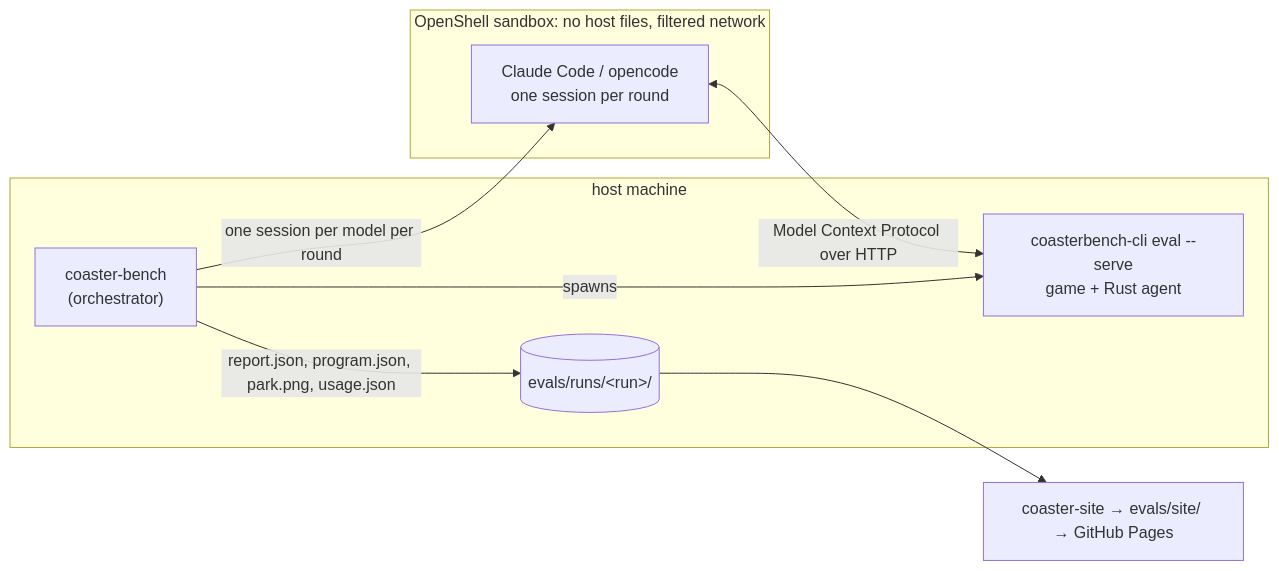
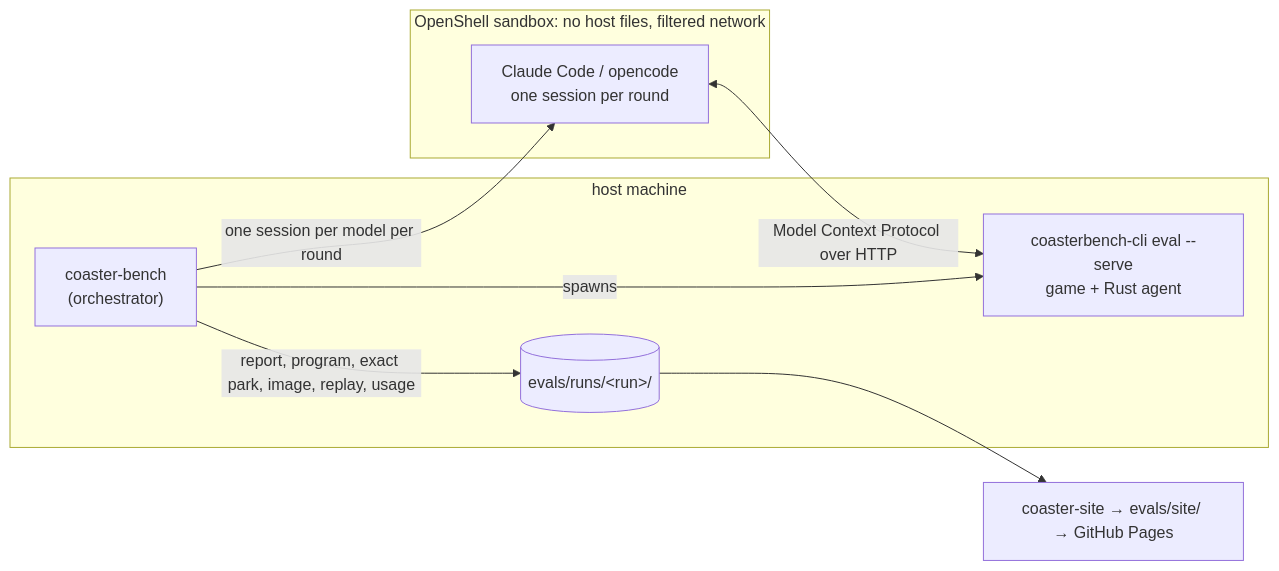
Before and after one commit to wseaton/CoasterBench: the first of 2 diagrams in readme.md, drawn with Mermaid. The commit also changed other lines of this file and 67 other files, not shown here.

````diff
--- a/readme.md
+++ b/readme.md
@@ -16,17 +16,17 @@
 ```mermaid
 flowchart LR
     subgraph host["host machine"]
         bench["coaster-bench<br/>(orchestrator)"]
         game["coasterbench-cli eval --serve<br/>game + Rust agent"]
         runs[("evals/runs/&lt;run&gt;/")]
     end
     subgraph sandbox["OpenShell sandbox: no host files, filtered network"]
         agent["Claude Code / opencode<br/>one session per round"]
     end
 
     bench -->|spawns| game
     bench -->|one session per model per round| agent
     agent <-->|Model Context Protocol over HTTP| game
-    bench -->|report.json, program.json, park.png, usage.json| runs
+    bench -->|report, program, exact park, image, replay, usage| runs
     runs --> site["coaster-site → evals/site/ → GitHub Pages"]
 ```
````
